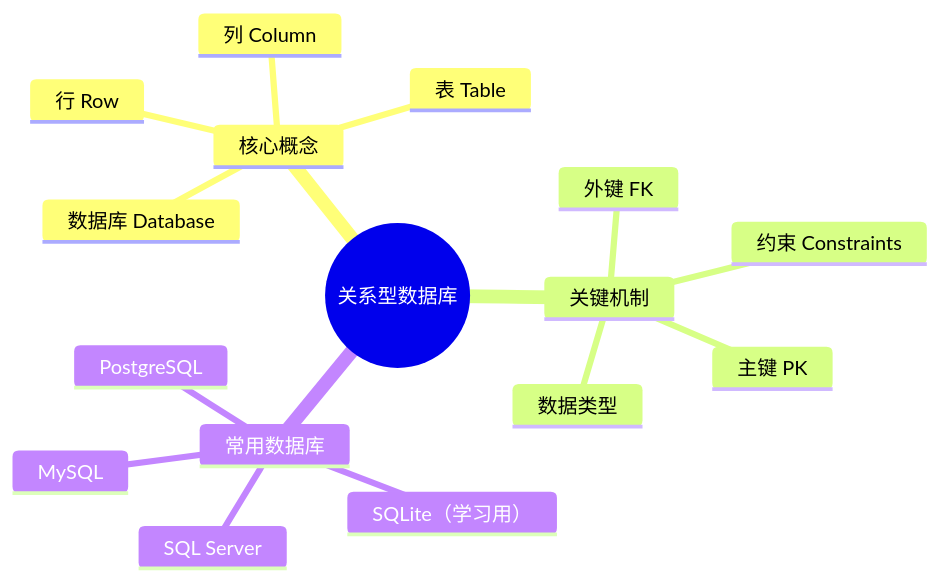
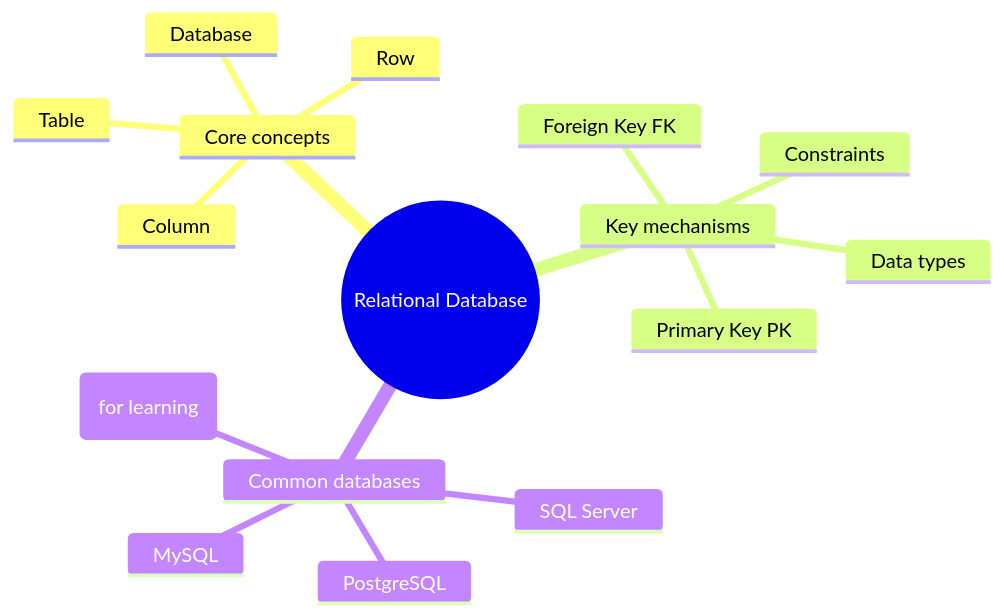
The third of 3 diagrams in docs/ch03-data-analysis/ch05-database/01-relational-db.md (oudbiao/AI-fullstack-course), drawn with Mermaid before and after one commit. The commit also changed other lines of this file and 1406 other files, not shown here.

````diff
--- a/docs/ch03-data-analysis/ch05-database/01-relational-db.md
+++ b/docs/ch03-data-analysis/ch05-database/01-relational-db.md
@@ -244,19 +244,19 @@
 ```mermaid
 mindmap
-  root(("关系型数据库"))
-    核心概念
-      数据库 Database
-      表 Table
-      行 Row
-      列 Column
-    关键机制
-      主键 PK
-      外键 FK
-      约束 Constraints
-      数据类型
-    常用数据库
-      SQLite（学习用）
+  root(("Relational Database"))
+    Core concepts
+      Database
+      Table
+      Row
+      Column
+    Key mechanisms
+      Primary Key PK
+      Foreign Key FK
+      Constraints
+      Data types
+    Common databases
+      SQLite (for learning)
       MySQL
       PostgreSQL
       SQL Server
 ```
````
